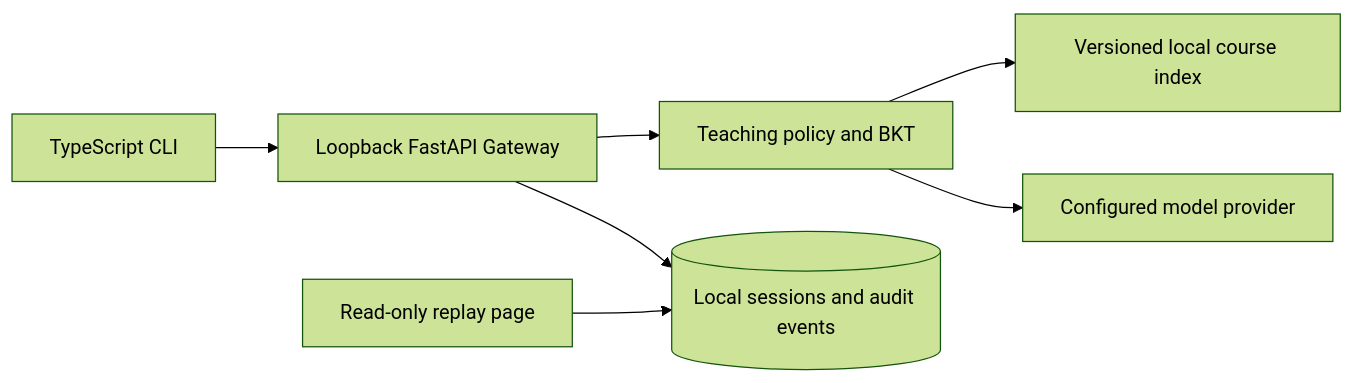
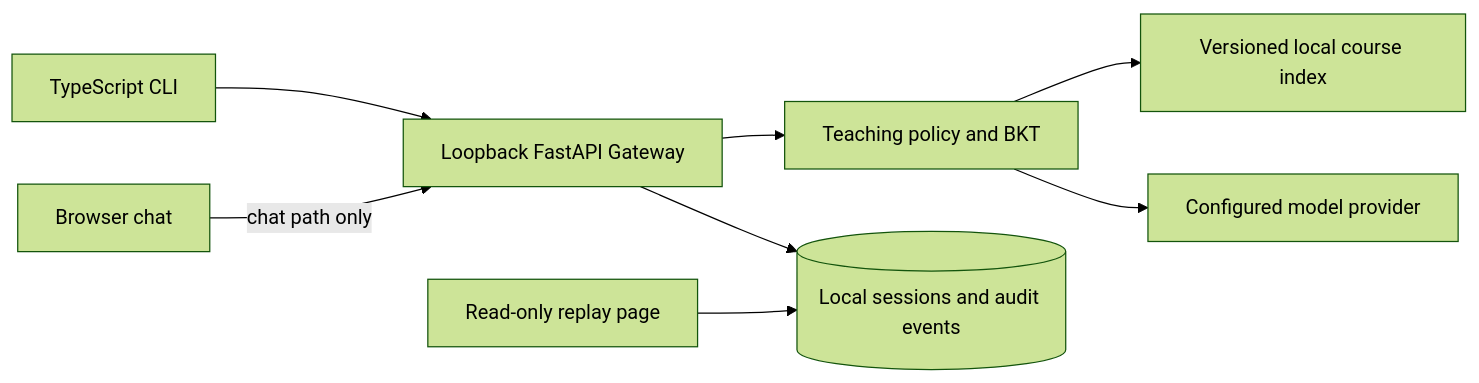
One commit to RockeyRoc/DeepProf changed the diagram in README.md. Above: the diagram before and after it, drawn with Mermaid (forest theme). The commit also changed other lines of this file and 17 other files, not shown here.

````diff
--- a/README.md
+++ b/README.md
@@ -124,9 +134,10 @@
 ```mermaid
 flowchart LR
   CLI[TypeScript CLI] --> API[Loopback FastAPI Gateway]
   API --> Decision[Teaching policy and BKT]
   Decision --> Evidence[Versioned local course index]
   Decision --> Provider[Configured model provider]
   API --> Events[(Local sessions and audit events)]
+  Chat[Browser chat] -->|chat path only| API
   Replay[Read-only replay page] --> Events
 ```
````
